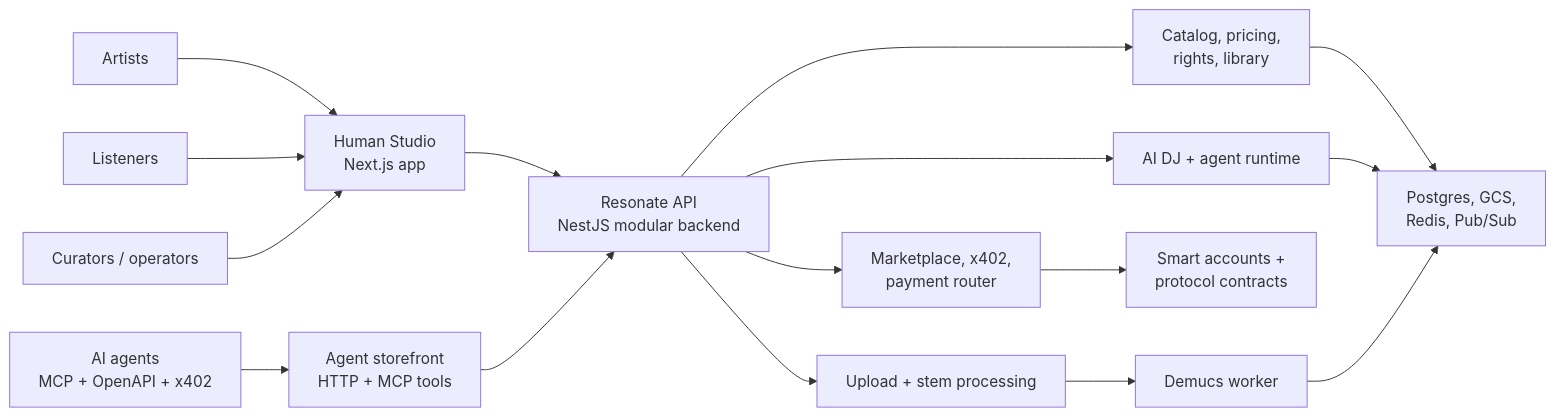
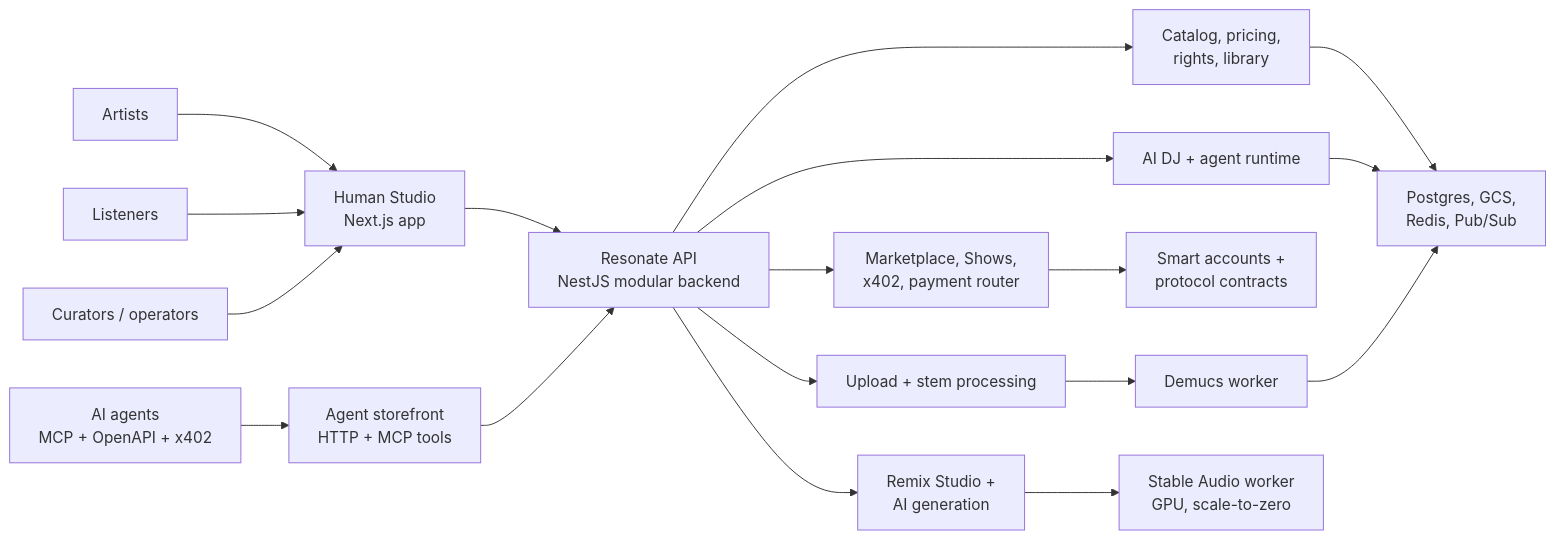
Before and after one commit to akoita/resonate: the first of 8 diagrams in docs/architecture/application_architecture.md, drawn with Mermaid. The commit also changed other lines of this file and 4 other files, not shown here.

First line of the commit message:
docs(#1378): architecture refresh — Stable Audio remix worker + ShowCampaignEscrow (#1380)

````diff
--- a/docs/architecture/application_architecture.md
+++ b/docs/architecture/application_architecture.md
@@ -15,21 +15,23 @@
 ```mermaid
 flowchart LR
   Artist["Artists"] --> Web["Human Studio<br>Next.js app"]
   Listener["Listeners"] --> Web
   Curator["Curators / operators"] --> Web
   Agent["AI agents<br>MCP + OpenAPI + x402"] --> Storefront["Agent storefront<br>HTTP + MCP tools"]
 
   Web --> Backend["Resonate API<br>NestJS modular backend"]
   Storefront --> Backend
 
   Backend --> Catalog["Catalog, pricing,<br>rights, library"]
-  Backend --> Commerce["Marketplace, x402,<br>payment router"]
+  Backend --> Commerce["Marketplace, Shows,<br>x402, payment router"]
   Backend --> Runtime["AI DJ + agent runtime"]
   Backend --> Ingestion["Upload + stem processing"]
+  Backend --> Remix["Remix Studio +<br>AI generation"]
 
   Commerce --> Chain["Smart accounts +<br>protocol contracts"]
   Ingestion --> Worker["Demucs worker"]
+  Remix --> StableAudio["Stable Audio worker<br>GPU, scale-to-zero"]
   Catalog --> Storage["Postgres, GCS,<br>Redis, Pub/Sub"]
   Runtime --> Storage
   Worker --> Storage
 ```
````
